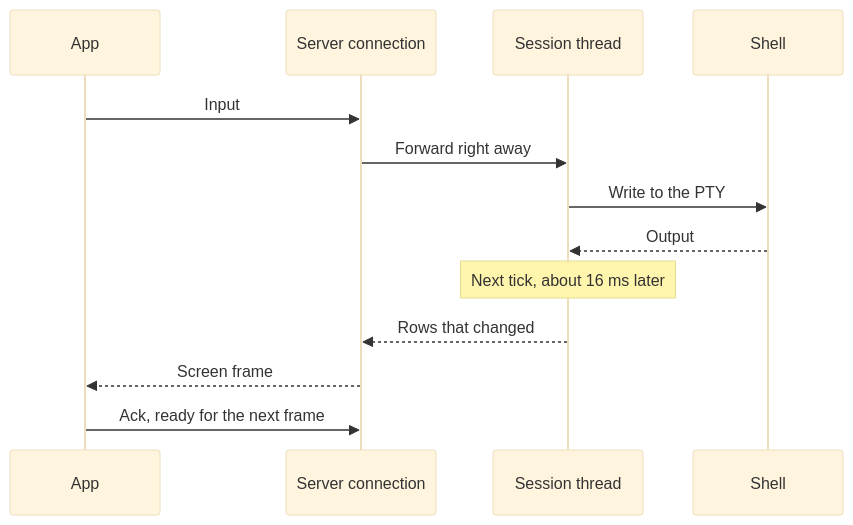
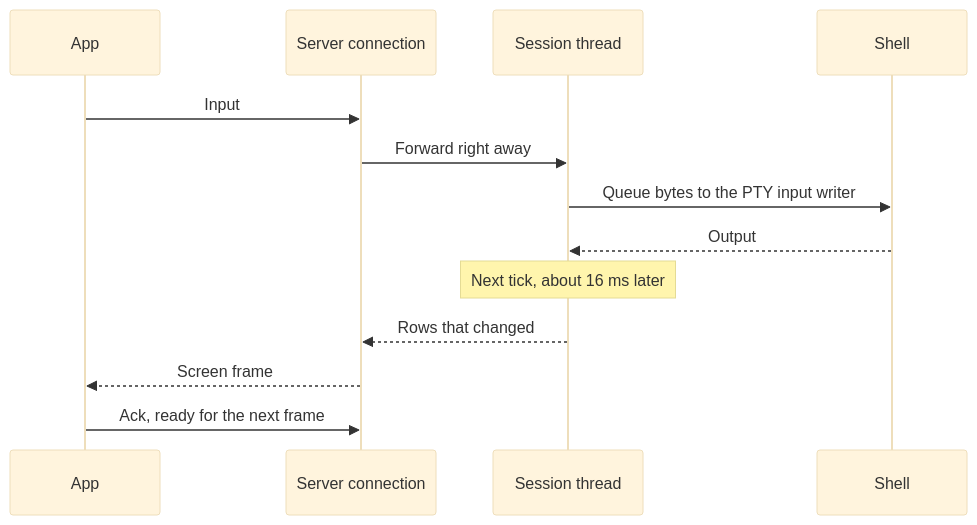
Before and after one commit to teomurgi/murvix: the third of 5 diagrams in docs/tech/architecture.md, drawn with Mermaid (base theme). The commit also changed other lines of this file and 43 other files, not shown here.

````diff
--- a/docs/tech/architecture.md
+++ b/docs/tech/architecture.md
@@ -67,15 +69,15 @@
 ```mermaid
 sequenceDiagram
     participant App
     participant Connection as Server connection
     participant Session as Session thread
     participant Shell
     App->>Connection: Input
     Connection->>Session: Forward right away
-    Session->>Shell: Write to the PTY
+    Session->>Shell: Queue bytes to the PTY input writer
     Shell-->>Session: Output
     Note over Session: Next tick, about 16 ms later
     Session-->>Connection: Rows that changed
     Connection-->>App: Screen frame
     App->>Connection: Ack, ready for the next frame
 ```
````
